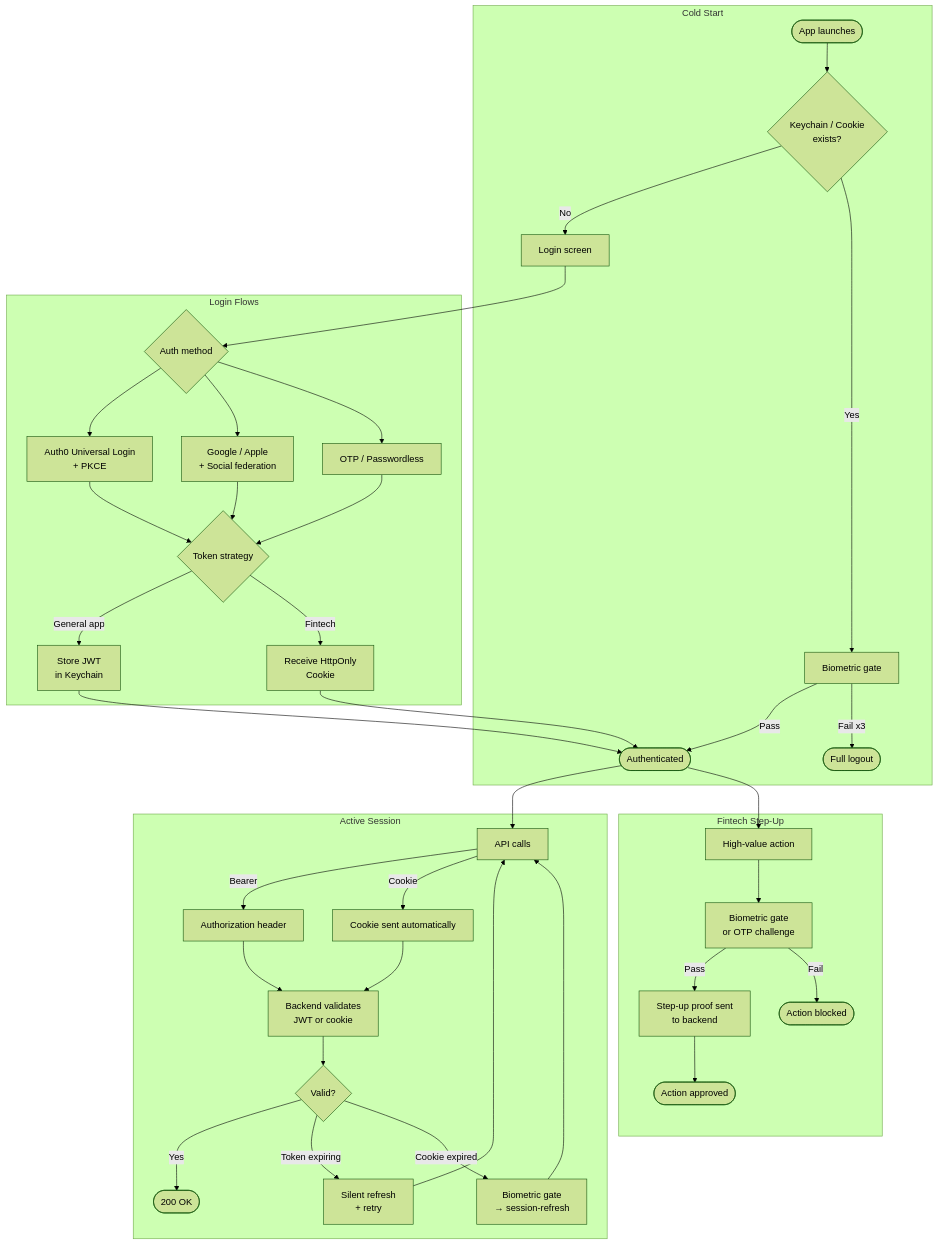
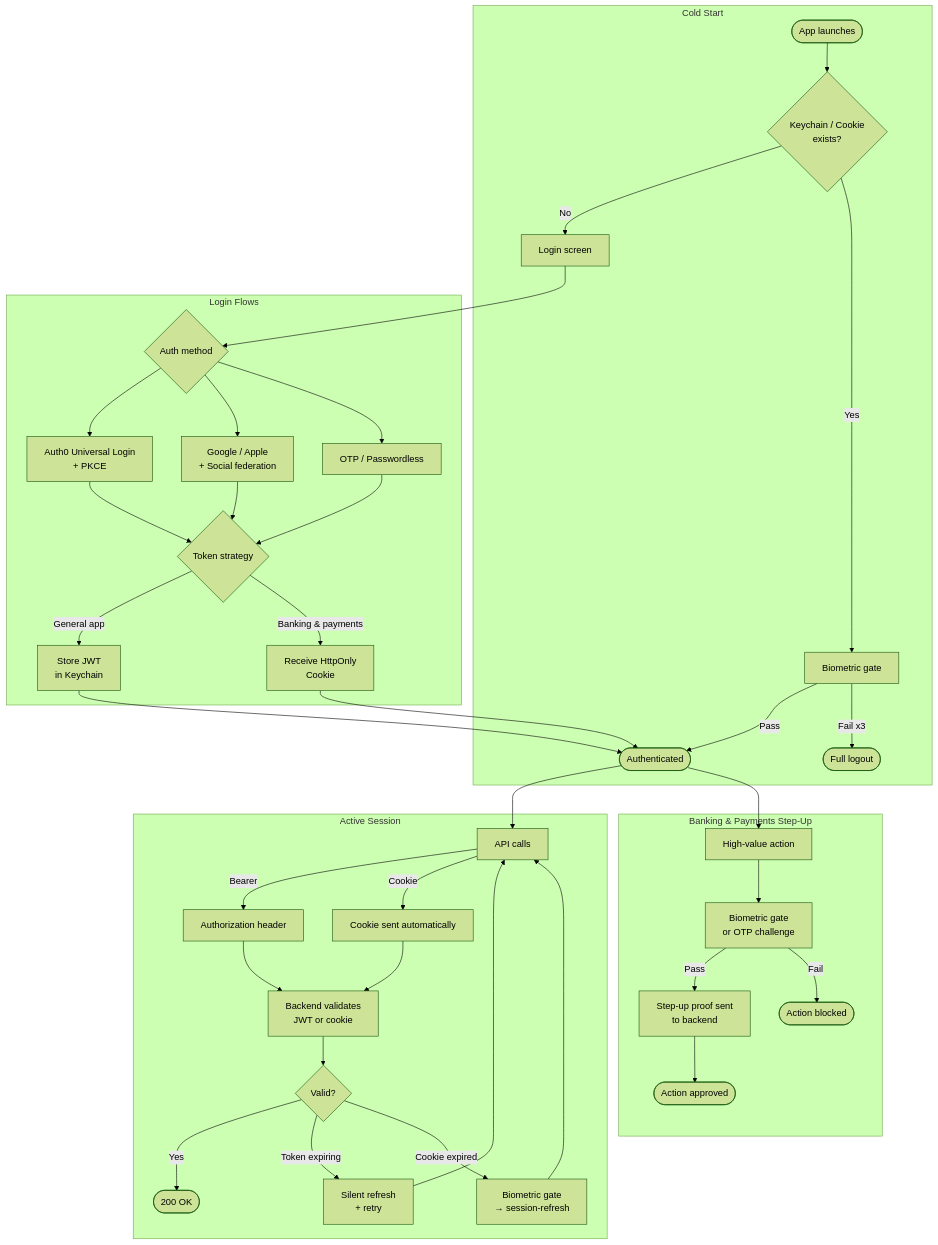
One commit to rohan3342/mobile-engineering-hub changed the ninth of 10 diagrams in docs/auth/01-rn-auth-architecture.md. Above: the diagram before and after it, drawn with Mermaid (forest theme). The commit also changed other lines of this file and 3 other files, not shown here.

````diff
--- a/docs/auth/01-rn-auth-architecture.md
+++ b/docs/auth/01-rn-auth-architecture.md
@@ -1675,41 +2163,41 @@
 ```mermaid
 flowchart TD
     subgraph COLD_START["Cold Start"]
         A([App launches]) --> B{Keychain / Cookie\nexists?}
         B -- No --> C[Login screen]
         B -- Yes --> D[Biometric gate]
         D -- Pass --> E([Authenticated])
         D -- Fail x3 --> F([Full logout])
     end
 
     subgraph LOGIN["Login Flows"]
         C --> G{Auth method}
         G --> H[Auth0 Universal Login\n+ PKCE]
         G --> I[Google / Apple\n+ Social federation]
         G --> J[OTP / Passwordless]
         H & I & J --> K{Token strategy}
         K -- General app --> L[Store JWT\nin Keychain]
-        K -- Fintech --> M[Receive HttpOnly\nCookie]
+        K -- Banking & payments --> M[Receive HttpOnly\nCookie]
         L & M --> E
     end
 
     subgraph SESSION["Active Session"]
         E --> N[API calls]
         N -- Bearer --> O[Authorization header]
         N -- Cookie --> P[Cookie sent automatically]
         O & P --> Q[Backend validates\nJWT or cookie]
         Q --> R{Valid?}
         R -- Yes --> S([200 OK])
         R -- Token expiring --> T[Silent refresh\n+ retry]
         R -- Cookie expired --> U[Biometric gate\n→ session-refresh]
         T & U --> N
     end
 
-    subgraph STEPUP["Fintech Step-Up"]
+    subgraph STEPUP["Banking & Payments Step-Up"]
         E --> V[High-value action]
         V --> W[Biometric gate\nor OTP challenge]
         W -- Pass --> X[Step-up proof sent\nto backend]
         X --> Y([Action approved])
         W -- Fail --> Z([Action blocked])
     end
 ```
````
